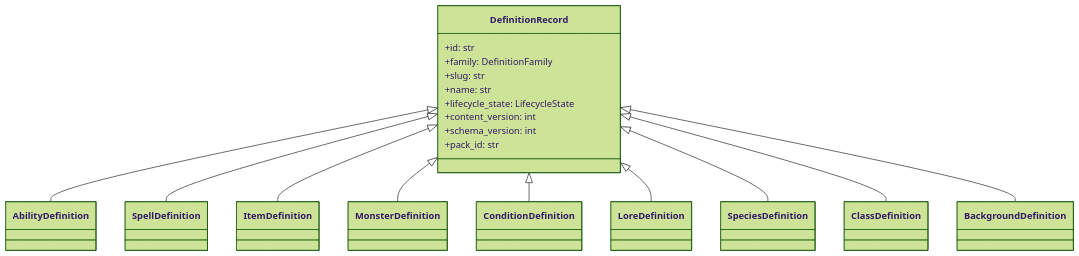
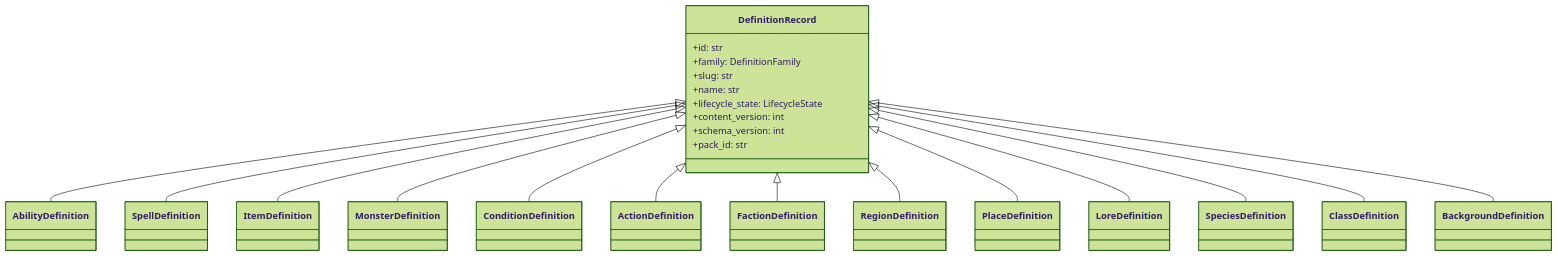
Before and after one commit to Pixelfehler310/cmv2: the diagram in ISSUES/architecture/01_contracts/dnd5e/ISSUE_[CONTRACT]_[DND5E-02]_content_schema.md, drawn with Mermaid (forest theme). The commit also changed other lines of this file and 15 other files, not shown here.

````diff
--- a/ISSUES/architecture/01_contracts/dnd5e/ISSUE_[CONTRACT]_[DND5E-02]_content_schema.md
+++ b/ISSUES/architecture/01_contracts/dnd5e/ISSUE_[CONTRACT]_[DND5E-02]_content_schema.md
@@ -79,33 +87,41 @@
 ```mermaid
 classDiagram
     class DefinitionRecord {
         +id: str
         +family: DefinitionFamily
         +slug: str
         +name: str
         +lifecycle_state: LifecycleState
         +content_version: int
         +schema_version: int
         +pack_id: str
     }
 
     class AbilityDefinition
     class SpellDefinition
     class ItemDefinition
     class MonsterDefinition
     class ConditionDefinition
+    class ActionDefinition
+    class FactionDefinition
+    class RegionDefinition
+    class PlaceDefinition
     class LoreDefinition
     class SpeciesDefinition
     class ClassDefinition
     class BackgroundDefinition
 
     DefinitionRecord <|-- AbilityDefinition
     DefinitionRecord <|-- SpellDefinition
     DefinitionRecord <|-- ItemDefinition
     DefinitionRecord <|-- MonsterDefinition
     DefinitionRecord <|-- ConditionDefinition
+    DefinitionRecord <|-- ActionDefinition
+    DefinitionRecord <|-- FactionDefinition
+    DefinitionRecord <|-- RegionDefinition
+    DefinitionRecord <|-- PlaceDefinition
     DefinitionRecord <|-- LoreDefinition
     DefinitionRecord <|-- SpeciesDefinition
     DefinitionRecord <|-- ClassDefinition
     DefinitionRecord <|-- BackgroundDefinition
 ```
````
